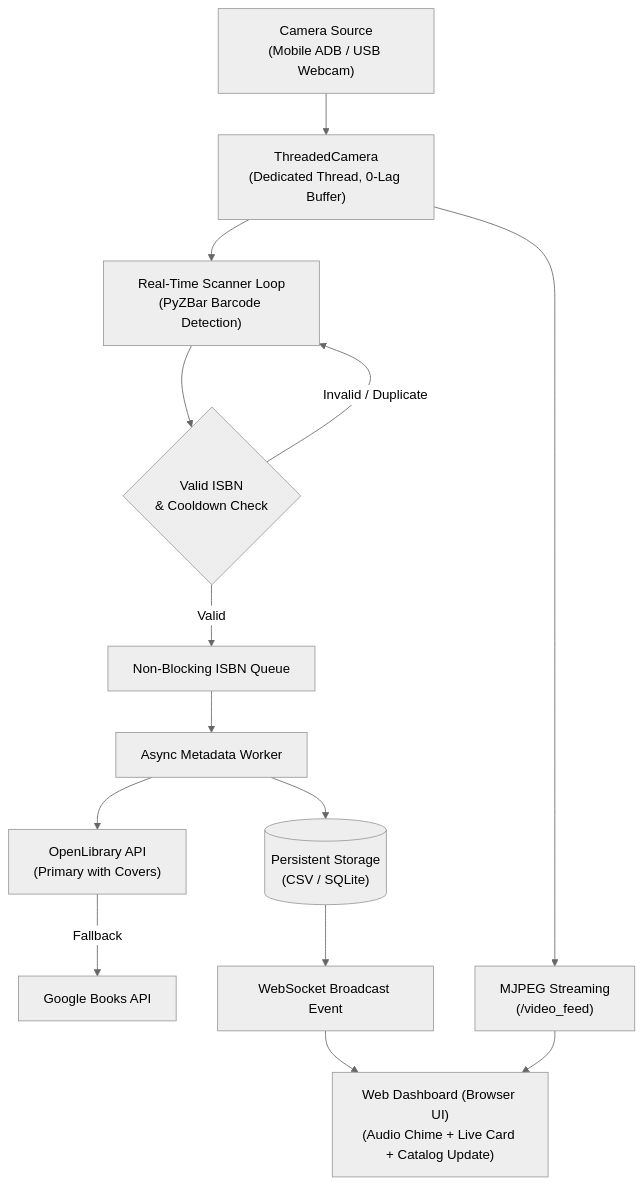
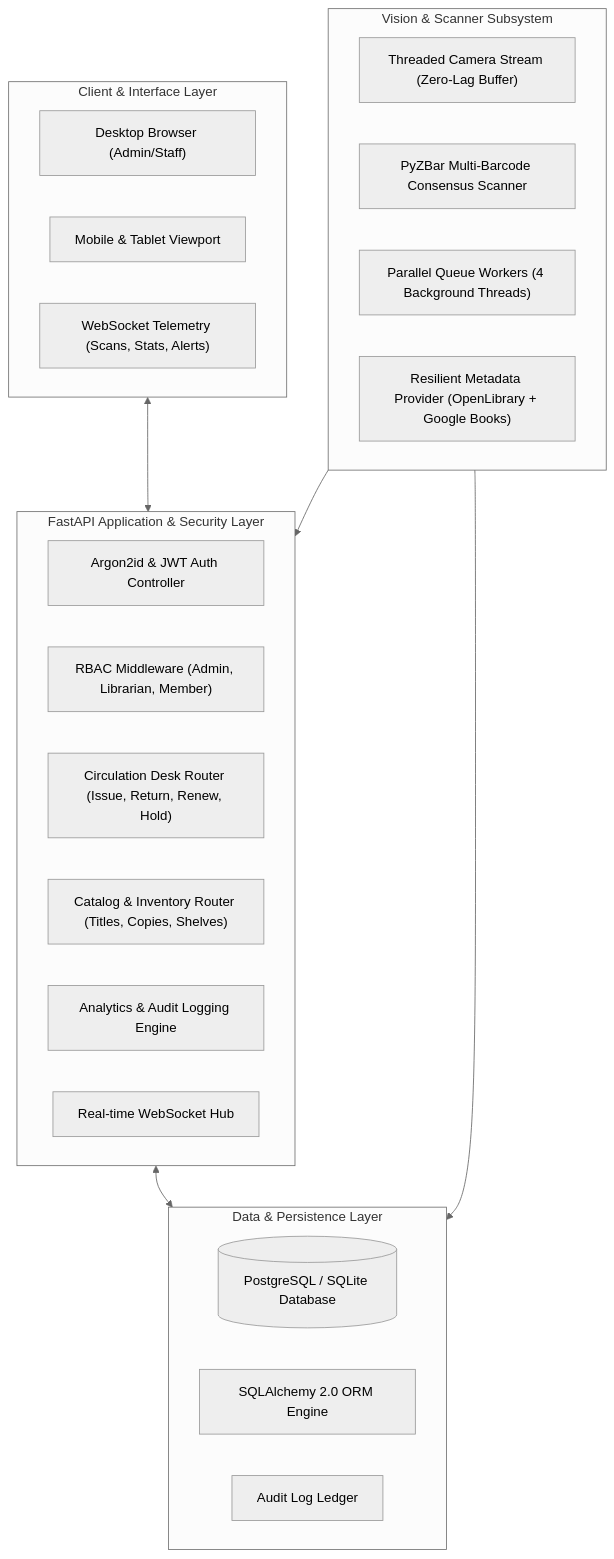
The diagram in README.md (salmanmallah/Library-Automation), drawn with Mermaid (neutral theme) before and after one commit. The commit also changed other lines of this file and 41 other files, not shown here.

````diff
--- a/README.md
+++ b/README.md
@@ -31,16 +40,35 @@
 ```mermaid
 flowchart TD
-    A["Camera Source\n(Mobile ADB / USB Webcam)"] --> B["ThreadedCamera\n(Dedicated Thread, 0-Lag Buffer)"]
-    B --> C["Real-Time Scanner Loop\n(PyZBar Barcode Detection)"]
-    C --> D{"Valid ISBN\n& Cooldown Check"}
-    D -- Valid --> E["Non-Blocking ISBN Queue"]
-    D -- Invalid / Duplicate --> C
-    E --> F["Async Metadata Worker"]
-    F --> G["OpenLibrary API\n(Primary with Covers)"]
-    G -- Fallback --> H["Google Books API"]
-    F --> I[("Persistent Storage\n(CSV / SQLite)")]
-    I --> J["WebSocket Broadcast Event"]
-    J --> K["Web Dashboard (Browser UI)\n(Audio Chime + Live Card + Catalog Update)"]
-    B --> L["MJPEG Streaming\n(/video_feed)"]
-    L --> K
+    subgraph ClientLayer ["Client & Interface Layer"]
+        A1["Desktop Browser (Admin/Staff)"]
+        A2["Mobile & Tablet Viewport"]
+        A3["WebSocket Telemetry (Scans, Stats, Alerts)"]
+    end
+
+    subgraph APILayer ["FastAPI Application & Security Layer"]
+        B1["Argon2id & JWT Auth Controller"]
+        B2["RBAC Middleware (Admin, Librarian, Member)"]
+        B3["Circulation Desk Router (Issue, Return, Renew, Hold)"]
+        B4["Catalog & Inventory Router (Titles, Copies, Shelves)"]
+        B5["Analytics & Audit Logging Engine"]
+        B6["Real-time WebSocket Hub"]
+    end
+
+    subgraph VisionLayer ["Vision & Scanner Subsystem"]
+        C1["Threaded Camera Stream (Zero-Lag Buffer)"]
+        C2["PyZBar Multi-Barcode Consensus Scanner"]
+        C3["Parallel Queue Workers (4 Background Threads)"]
+        C4["Resilient Metadata Provider (OpenLibrary + Google Books)"]
+    end
+
+    subgraph PersistenceLayer ["Data & Persistence Layer"]
+        D1[("PostgreSQL / SQLite Database")]
+        D2["SQLAlchemy 2.0 ORM Engine"]
+        D3["Audit Log Ledger"]
+    end
+
+    ClientLayer <--> APILayer
+    APILayer <--> PersistenceLayer
+    VisionLayer --> APILayer
+    VisionLayer --> PersistenceLayer
 ```
````
